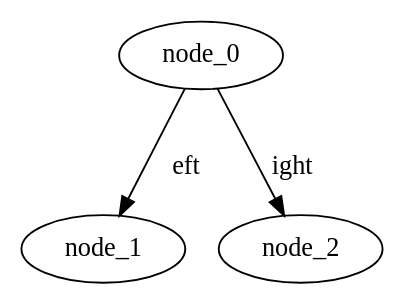
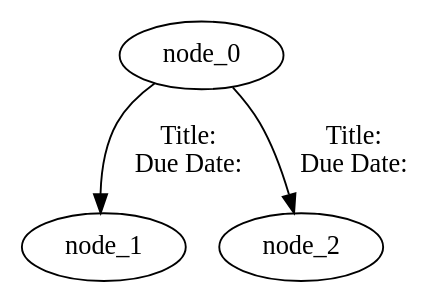
One commit to SP24-212/Edstem-Tracker changed the diagram in edstem/integration/edstem-data/binary_heap.dot. Above: the diagram before and after it, drawn with Graphviz. The commit also changed 5 other files, not shown here.

```diff
--- a/edstem/integration/edstem-data/binary_heap.dot
+++ b/edstem/integration/edstem-data/binary_heap.dot
@@ -1,4 +1,10 @@
 digraph BinaryHeap {
-node_0 -> node_1 [label="\left"];
-node_0 -> node_2 [label="\right"];
+node_0 -> node_1 [label="Title: 
+Due Date: 
+"];
+
+node_0 -> node_2 [label="Title: 
+Due Date: 
+"];
+
 }
```
